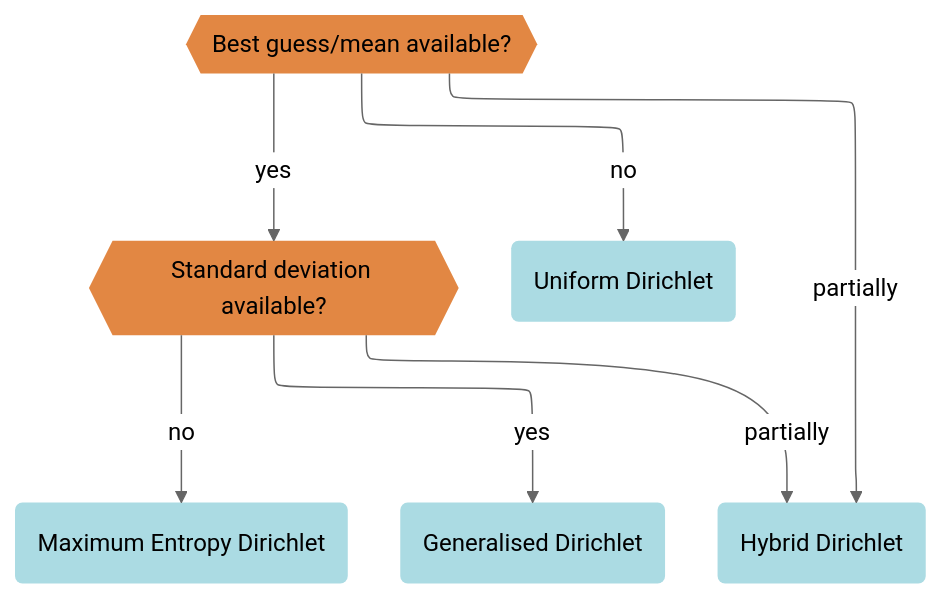
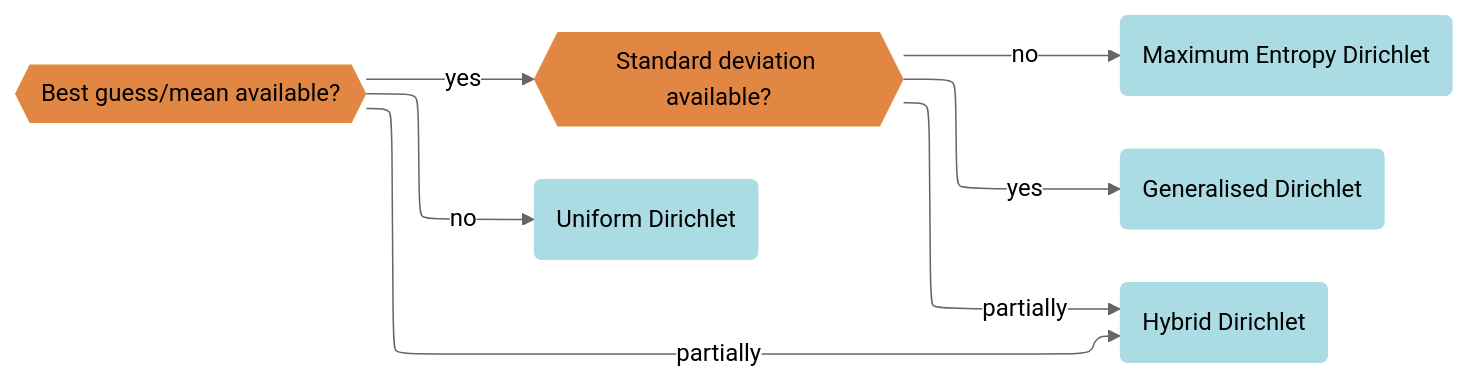
The third of 3 diagrams in docs/content/theory.md (jakobsarthur/maxent_disaggregation), drawn with Mermaid (neutral theme) before and after one commit. The commit also changed other lines of this file, not shown here.

Commit message:
update docs mermaid

````diff
--- a/docs/content/theory.md
+++ b/docs/content/theory.md
@@ -125,22 +122,22 @@
 ```{mermaid}
-flowchart-elk TD
+flowchart-elk LR
     %% Define node classes
     classDef decision fill:#e28743,color:black,stroke:none;
     classDef distribution fill:#abdbe3,color:black,stroke:none;
     classDef explanationnode fill:#eeeee4,color:black,stroke:none;
 
     MeanDecision{{"Best guess/mean available?"}}:::decision
     SDDecision{{"Standard deviation available?"}}:::decision
     MaxEntDir("Maximum Entropy Dirichlet"):::distribution
     GenDir("Generalised Dirichlet"):::distribution
     hybridDir("Hybrid Dirichlet"):::distribution
     UniformDir("Uniform Dirichlet"):::distribution
     
     %% Define connections
     MeanDecision -- "no" --> UniformDir
     MeanDecision -- "yes" --> SDDecision
     MeanDecision -- "partially" --> hybridDir
     SDDecision -- "no" --> MaxEntDir
     SDDecision -- "yes" --> GenDir
     SDDecision -- "partially" --> hybridDir
 ```
````
